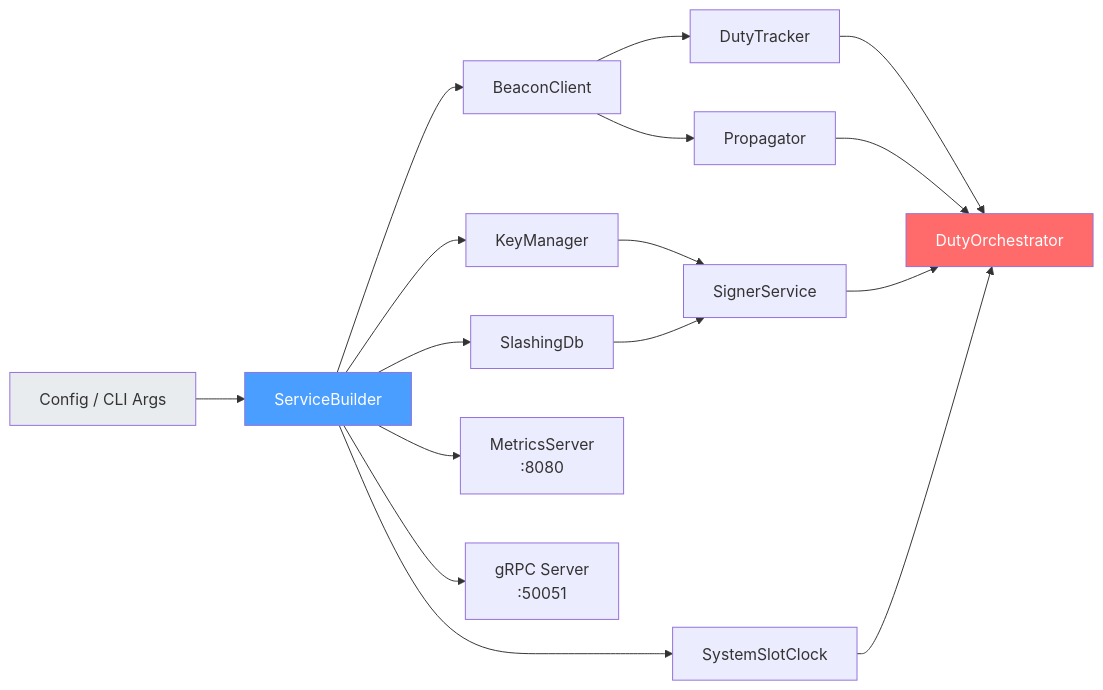
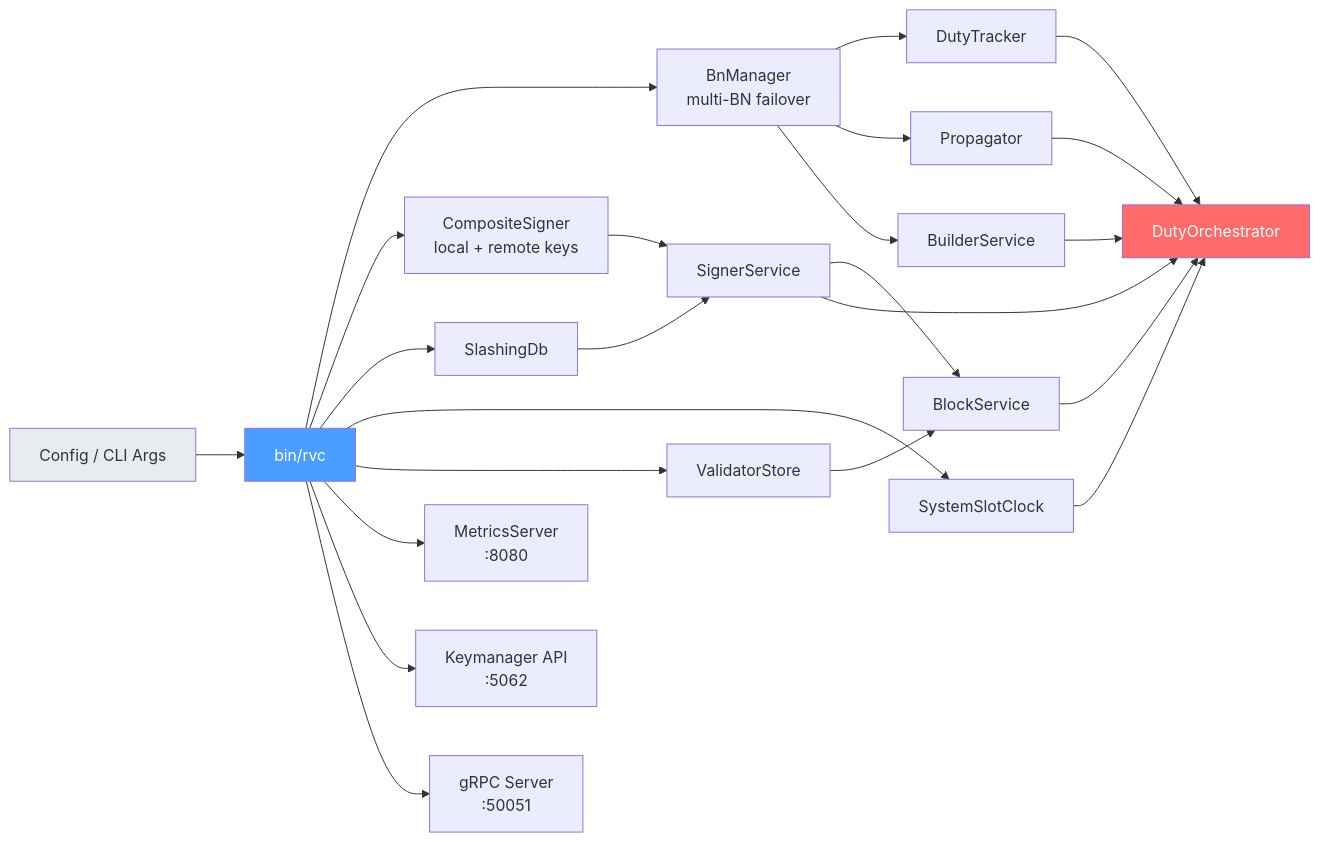
One commit to dsrvlabs/rvc changed the eighth of 8 diagrams in ARCHITECTURE.md. Above: the diagram before and after it, drawn with Mermaid. The commit also changed other lines of this file and 13 other files, not shown here.

````diff
--- a/ARCHITECTURE.md
+++ b/ARCHITECTURE.md
@@ -235,27 +326,35 @@
 ```mermaid
 flowchart LR
-    CONFIG[Config / CLI Args] --> SB[ServiceBuilder]
+    CONFIG[Config / CLI Args] --> BIN[bin/rvc]
 
-    SB --> BC[BeaconClient]
-    SB --> KM[KeyManager]
-    SB --> SDB[SlashingDb]
-    SB --> SC[SystemSlotClock]
+    BIN --> BNM[BnManager<br/>multi-BN failover]
+    BIN --> CS[CompositeSigner<br/>local + remote keys]
+    BIN --> SDB[SlashingDb]
+    BIN --> SC[SystemSlotClock]
+    BIN --> VS[ValidatorStore]
 
-    BC --> DT[DutyTracker]
-    BC --> PROP[Propagator]
+    BNM --> DT[DutyTracker]
+    BNM --> PROP[Propagator]
+    BNM --> BUILD[BuilderService]
 
-    KM --> SS[SignerService]
+    CS --> SS[SignerService]
     SDB --> SS
+
+    SS --> BLOCK[BlockService]
+    VS --> BLOCK
 
     DT --> ORCH[DutyOrchestrator]
     PROP --> ORCH
     SS --> ORCH
     SC --> ORCH
+    BLOCK --> ORCH
+    BUILD --> ORCH
 
-    SB --> MS[MetricsServer<br/>:8080]
-    SB --> GRPC[gRPC Server<br/>:50051]
+    BIN --> MS[MetricsServer<br/>:8080]
+    BIN --> KMA[Keymanager API<br/>:5062]
+    BIN --> GRPC[gRPC Server<br/>:50051]
 
     style CONFIG fill:#e9ecef,color:#333
-    style SB fill:#4a9eff,color:#fff
+    style BIN fill:#4a9eff,color:#fff
     style ORCH fill:#ff6b6b,color:#fff
 ```
````
